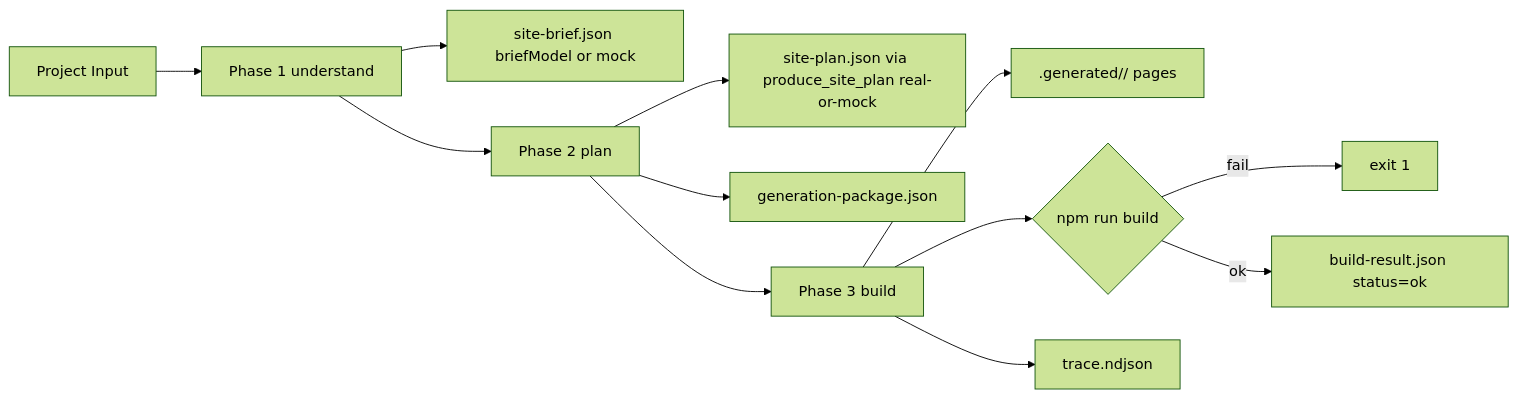
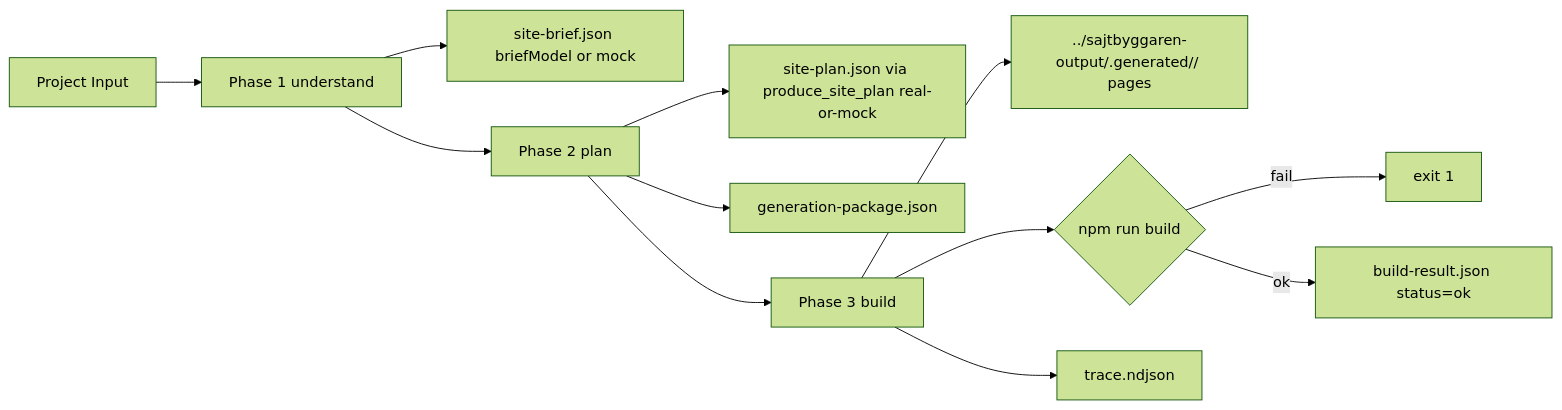
One commit to Jakeminator123/sajtbyggaren changed the diagram in docs/architecture/builder-mvp.md. Above: the diagram before and after it, drawn with Mermaid (forest theme). The commit also changed other lines of this file and 2 other files, not shown here.

First line of the commit message:
docs: sync generated output path across docs

````diff
--- a/docs/architecture/builder-mvp.md
+++ b/docs/architecture/builder-mvp.md
@@ -15,14 +15,14 @@
 ```mermaid
 flowchart LR
   Input[Project Input] --> Phase1[Phase 1 understand]
   Phase1 --> Brief[site-brief.json briefModel or mock]
   Phase1 --> Phase2[Phase 2 plan]
   Phase2 --> Plan[site-plan.json via produce_site_plan real-or-mock]
   Phase2 --> Pkg[generation-package.json]
   Phase2 --> Phase3[Phase 3 build]
-  Phase3 --> Files[".generated/<siteId>/ pages"]
+  Phase3 --> Files["../sajtbyggaren-output/.generated/<siteId>/ pages"]
   Phase3 --> Npm{"npm run build"}
   Npm -->|fail| Fail[exit 1]
   Npm -->|ok| Result[build-result.json status=ok]
   Phase3 --> Trace[trace.ndjson]
 ```
````
